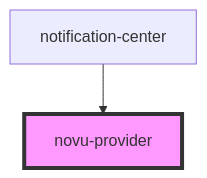
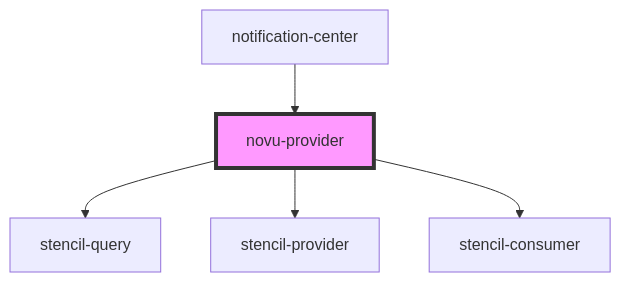
The diagram in packages/notification-center-core/src/components/novu-provider/readme.md (novuhq/novu), drawn with Mermaid before and after one commit. The commit also changed other lines of this file and 12 other files, not shown here.

````diff
--- a/packages/notification-center-core/src/components/novu-provider/readme.md
+++ b/packages/notification-center-core/src/components/novu-provider/readme.md
@@ -30,5 +35,8 @@
 ```mermaid
 graph TD;
+  novu-provider --> stencil-query
+  novu-provider --> stencil-provider
+  novu-provider --> stencil-consumer
   notification-center --> novu-provider
   style novu-provider fill:#f9f,stroke:#333,stroke-width:4px
 ```
````
